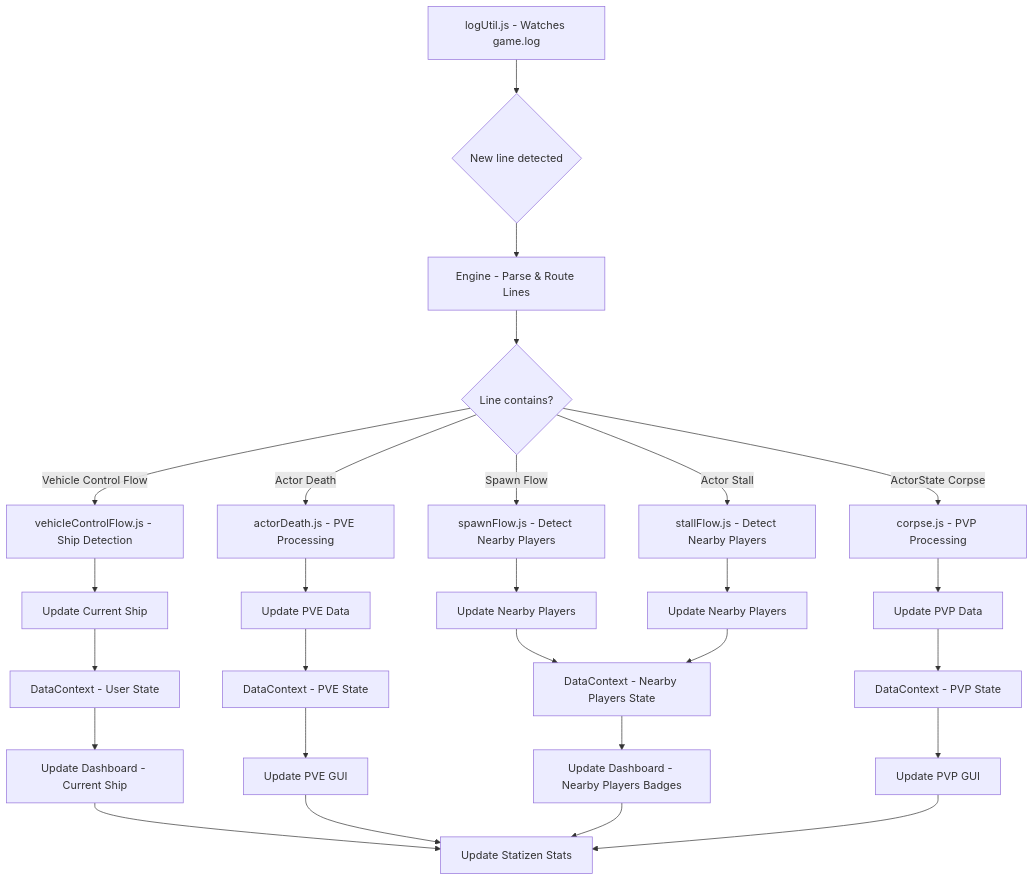
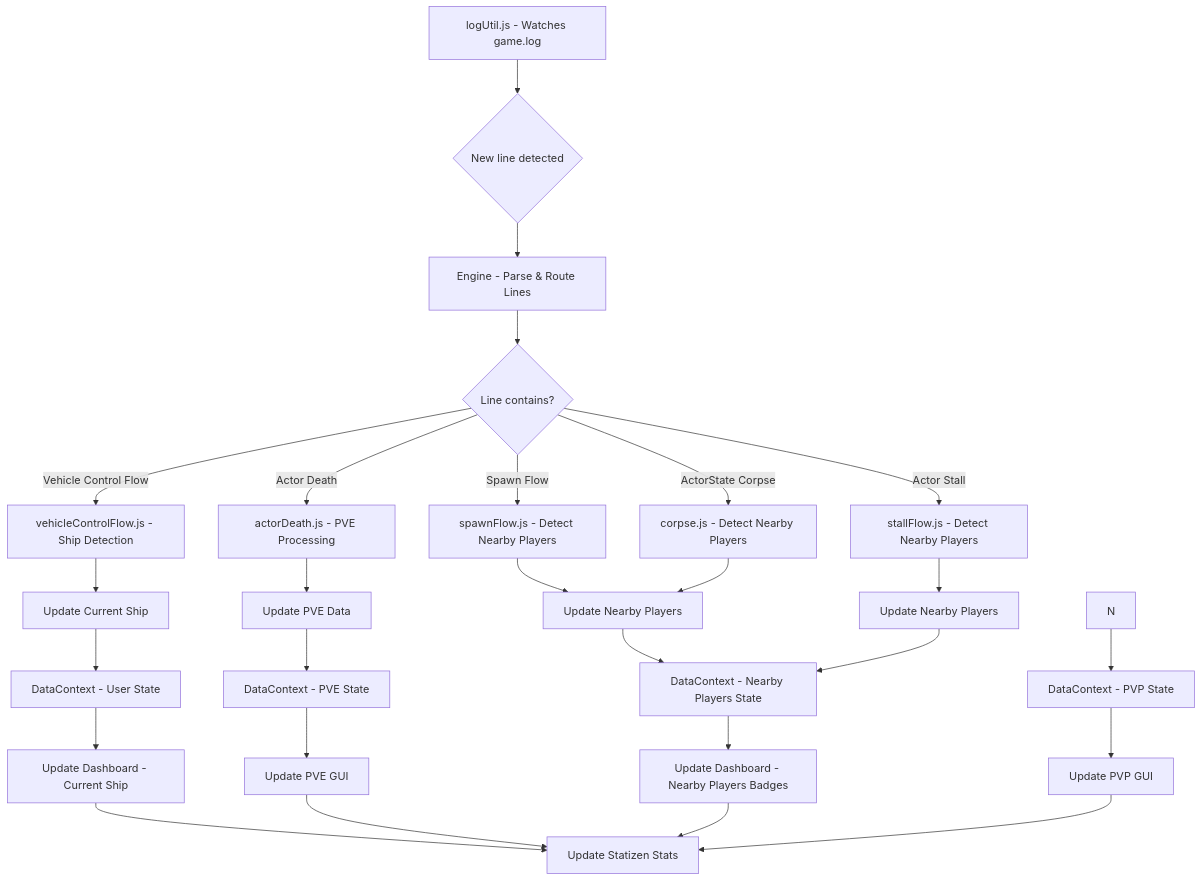
Before and after one commit to jasoncogzellmain/Statizen: the diagram in README.md, drawn with Mermaid.

````diff
--- a/README.md
+++ b/README.md
@@ -60,34 +60,34 @@
 ```mermaid
 flowchart TD
   A[logUtil.js - Watches game.log] --> B{New line detected}
   B --> C[Engine - Parse & Route Lines]
 
   C --> D{Line contains?}
   D -->|Actor Death| E[actorDeath.js - PVE Processing]
   D -->|Spawn Flow| F[spawnFlow.js - Detect Nearby Players]
   D -->|Actor Stall| G[stallFlow.js - Detect Nearby Players]
   D -->|Vehicle Control Flow| H[vehicleControlFlow.js - Ship Detection]
-  D -->|ActorState Corpse| I[corpse.js - PVP Processing]
+  D -->|ActorState Corpse| I[corpse.js - Detect Nearby Players]
 
   E --> J[Update PVE Data]
   F --> K[Update Nearby Players]
   G --> L[Update Nearby Players]
   H --> M[Update Current Ship]
-  I --> N[Update PVP Data]
+  I --> K
 
   J --> O[DataContext - PVE State]
   K --> P[DataContext - Nearby Players State]
   L --> P
   M --> Q[DataContext - User State]
   N --> R[DataContext - PVP State]
 
   O --> S[Update PVE GUI]
   P --> T[Update Dashboard - Nearby Players Badges]
   Q --> U[Update Dashboard - Current Ship]
   R --> V[Update PVP GUI]
 
   U --> W[Update Statizen Stats]
   S --> W
   T --> W
   V --> W
 ```
````
